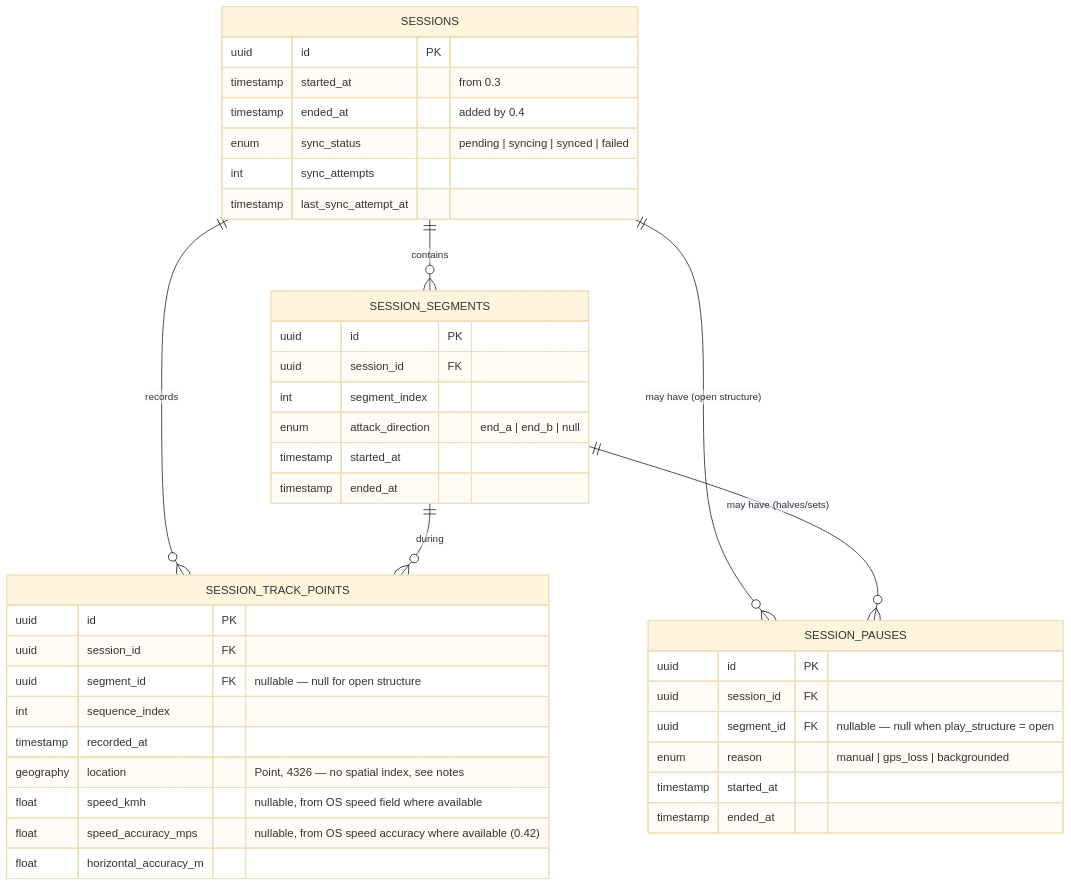
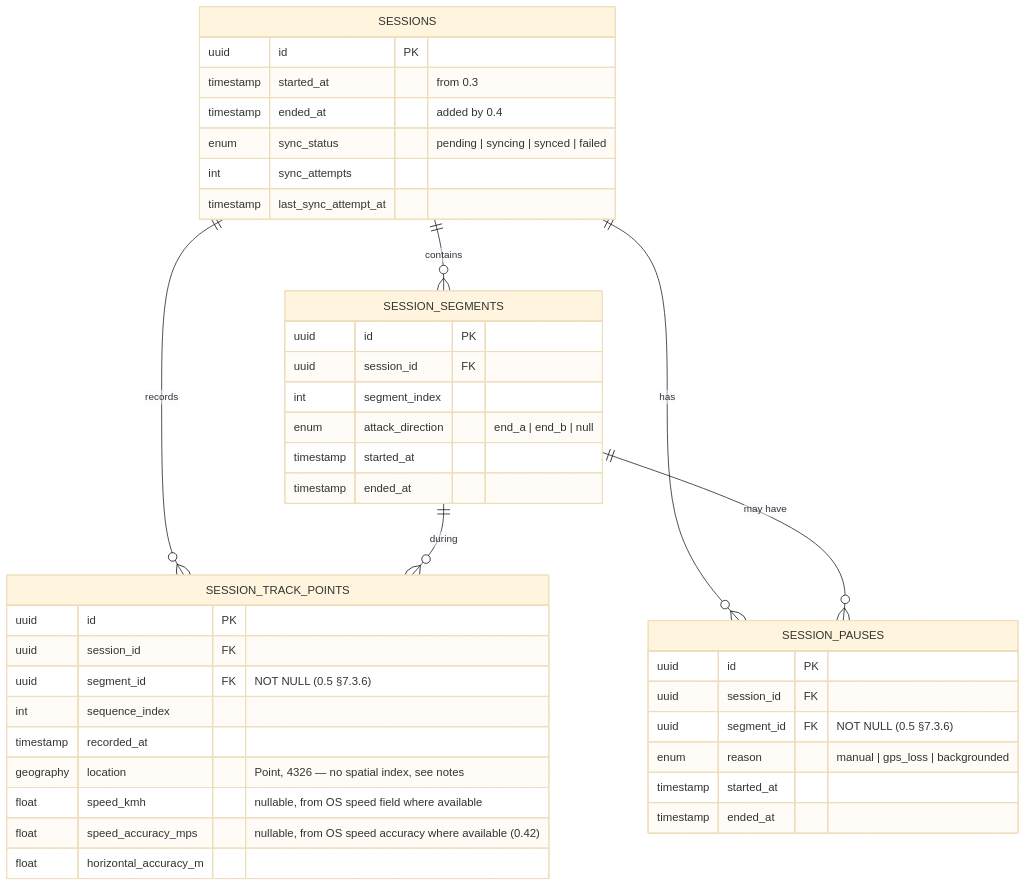
The second of 2 diagrams in docs/sys-des/M-0/0.4_eleven-gps-tracking-system-design-spec.md (Orololuwa/eleven-base), drawn with Mermaid (base theme) before and after one commit. The commit also changed other lines of this file and 13 other files, not shown here.

````diff
--- a/docs/sys-des/M-0/0.4_eleven-gps-tracking-system-design-spec.md
+++ b/docs/sys-des/M-0/0.4_eleven-gps-tracking-system-design-spec.md
@@ -162,47 +161,47 @@
 ```mermaid
 erDiagram
     SESSIONS ||--o{ SESSION_SEGMENTS : contains
     SESSIONS ||--o{ SESSION_TRACK_POINTS : records
-    SESSIONS ||--o{ SESSION_PAUSES : "may have (open structure)"
+    SESSIONS ||--o{ SESSION_PAUSES : has
     SESSION_SEGMENTS ||--o{ SESSION_TRACK_POINTS : during
-    SESSION_SEGMENTS ||--o{ SESSION_PAUSES : "may have (halves/sets)"
+    SESSION_SEGMENTS ||--o{ SESSION_PAUSES : "may have"
 
     SESSIONS {
         uuid id PK
         timestamp started_at "from 0.3"
         timestamp ended_at "added by 0.4"
         enum sync_status "pending | syncing | synced | failed"
         int sync_attempts
         timestamp last_sync_attempt_at
     }
 
     SESSION_SEGMENTS {
         uuid id PK
         uuid session_id FK
         int segment_index
         enum attack_direction "end_a | end_b | null"
         timestamp started_at
         timestamp ended_at
     }
 
     SESSION_TRACK_POINTS {
         uuid id PK
         uuid session_id FK
-        uuid segment_id FK "nullable — null for open structure"
+        uuid segment_id FK "NOT NULL (0.5 §7.3.6)"
         int sequence_index
         timestamp recorded_at
         geography location "Point, 4326 — no spatial index, see notes"
         float speed_kmh "nullable, from OS speed field where available"
         float speed_accuracy_mps "nullable, from OS speed accuracy where available (0.42)"
         float horizontal_accuracy_m
     }
 
     SESSION_PAUSES {
         uuid id PK
         uuid session_id FK
-        uuid segment_id FK "nullable — null when play_structure = open"
+        uuid segment_id FK "NOT NULL (0.5 §7.3.6)"
         enum reason "manual | gps_loss | backgrounded"
         timestamp started_at
         timestamp ended_at
     }
 ```
````
